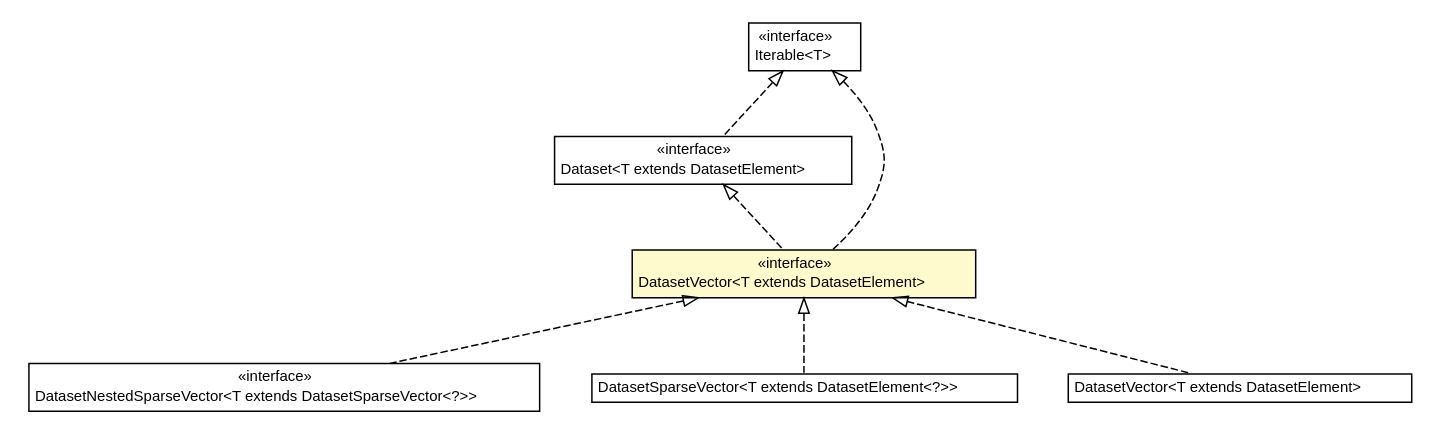
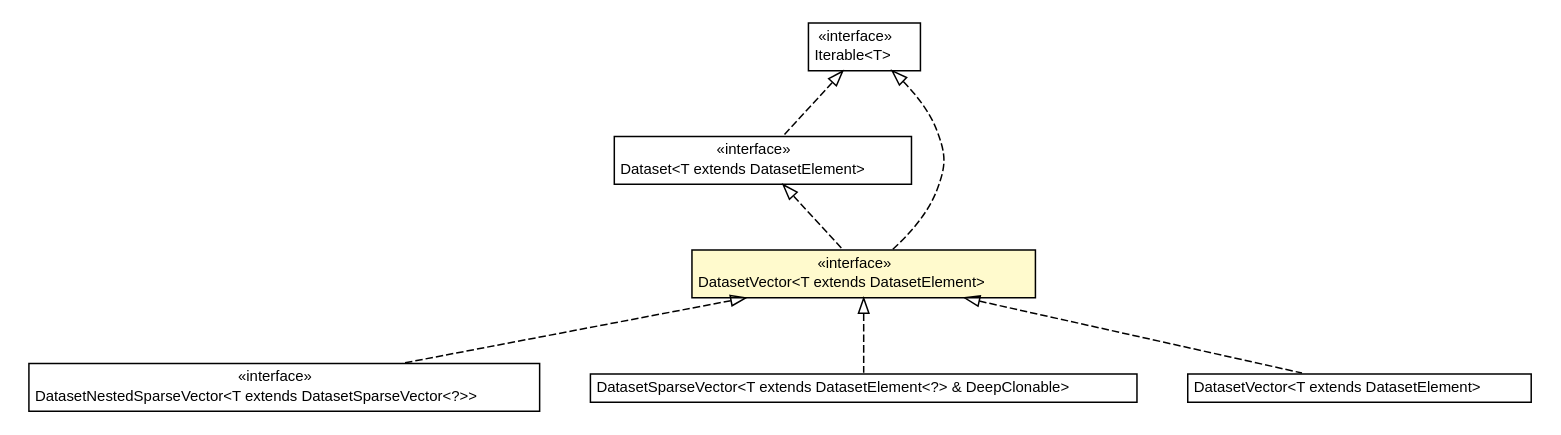
Before and after one commit to UnicaLabs-CS/Foresee: the diagram in docs/it/unica/foresee/datasets/interfaces/DatasetVector.dot, drawn with Graphviz. The commit also changed 200 other files, not shown here.

```diff
--- a/docs/it/unica/foresee/datasets/interfaces/DatasetVector.dot
+++ b/docs/it/unica/foresee/datasets/interfaces/DatasetVector.dot
@@ -1,64 +1,64 @@
 #!/usr/local/bin/dot
 #
 # Class diagram 
 # Generated by UMLGraph version 5.2 (http://www.umlgraph.org/)
 #
 
 digraph G {
 	edge [fontname="Helvetica",fontsize=10,labelfontname="Helvetica",labelfontsize=10];
 	node [fontname="Helvetica",fontsize=10,shape=plaintext];
 	nodesep=0.25;
 	ranksep=0.5;
 	// it.unica.foresee.datasets.interfaces.Dataset<T extends it.unica.foresee.datasets.interfaces.DatasetElement>
-	c876 [label=<<table title="it.unica.foresee.datasets.interfaces.Dataset" border="0" cellborder="1" cellspacing="0" cellpadding="2" port="p" href="./Dataset.html">
+	c1118 [label=<<table title="it.unica.foresee.datasets.interfaces.Dataset" border="0" cellborder="1" cellspacing="0" cellpadding="2" port="p" href="./Dataset.html">
 		<tr><td><table border="0" cellspacing="0" cellpadding="1">
 <tr><td align="center" balign="center"> &#171;interface&#187; </td></tr>
 <tr><td align="center" balign="center"> Dataset&lt;T extends DatasetElement&gt; </td></tr>
 		</table></td></tr>
 		</table>>, fontname="Helvetica", fontcolor="black", fontsize=10.0];
 	// it.unica.foresee.datasets.interfaces.DatasetNestedSparseVector<T extends it.unica.foresee.datasets.DatasetSparseVector<?>>
-	c877 [label=<<table title="it.unica.foresee.datasets.interfaces.DatasetNestedSparseVector" border="0" cellborder="1" cellspacing="0" cellpadding="2" port="p" href="./DatasetNestedSparseVector.html">
+	c1119 [label=<<table title="it.unica.foresee.datasets.interfaces.DatasetNestedSparseVector" border="0" cellborder="1" cellspacing="0" cellpadding="2" port="p" href="./DatasetNestedSparseVector.html">
 		<tr><td><table border="0" cellspacing="0" cellpadding="1">
 <tr><td align="center" balign="center"> &#171;interface&#187; </td></tr>
 <tr><td align="center" balign="center"> DatasetNestedSparseVector&lt;T extends DatasetSparseVector&lt;?&gt;&gt; </td></tr>
 		</table></td></tr>
 		</table>>, fontname="Helvetica", fontcolor="black", fontsize=10.0];
 	// it.unica.foresee.datasets.interfaces.DatasetVector<T extends it.unica.foresee.datasets.interfaces.DatasetElement>
-	c879 [label=<<table title="it.unica.foresee.datasets.interfaces.DatasetVector" border="0" cellborder="1" cellspacing="0" cellpadding="2" port="p" bgcolor="lemonChiffon" href="./DatasetVector.html">
+	c1121 [label=<<table title="it.unica.foresee.datasets.interfaces.DatasetVector" border="0" cellborder="1" cellspacing="0" cellpadding="2" port="p" bgcolor="lemonChiffon" href="./DatasetVector.html">
 		<tr><td><table border="0" cellspacing="0" cellpadding="1">
 <tr><td align="center" balign="center"> &#171;interface&#187; </td></tr>
 <tr><td align="center" balign="center"> DatasetVector&lt;T extends DatasetElement&gt; </td></tr>
 		</table></td></tr>
 		</table>>, fontname="Helvetica", fontcolor="black", fontsize=10.0];
-	// it.unica.foresee.datasets.DatasetSparseVector<T extends it.unica.foresee.datasets.interfaces.DatasetElement<?>>
-	c887 [label=<<table title="it.unica.foresee.datasets.DatasetSparseVector" border="0" cellborder="1" cellspacing="0" cellpadding="2" port="p" href="../DatasetSparseVector.html">
+	// it.unica.foresee.datasets.DatasetSparseVector<T extends it.unica.foresee.datasets.interfaces.DatasetElement<?> & it.unica.foresee.datasets.interfaces.DeepClonable>
+	c1130 [label=<<table title="it.unica.foresee.datasets.DatasetSparseVector" border="0" cellborder="1" cellspacing="0" cellpadding="2" port="p" href="../DatasetSparseVector.html">
 		<tr><td><table border="0" cellspacing="0" cellpadding="1">
-<tr><td align="center" balign="center"> DatasetSparseVector&lt;T extends DatasetElement&lt;?&gt;&gt; </td></tr>
+<tr><td align="center" balign="center"> DatasetSparseVector&lt;T extends DatasetElement&lt;?&gt; &amp; DeepClonable&gt; </td></tr>
 		</table></td></tr>
 		</table>>, fontname="Helvetica", fontcolor="black", fontsize=10.0];
 	// it.unica.foresee.datasets.DatasetVector<T extends it.unica.foresee.datasets.interfaces.DatasetElement>
-	c888 [label=<<table title="it.unica.foresee.datasets.DatasetVector" border="0" cellborder="1" cellspacing="0" cellpadding="2" port="p" href="../DatasetVector.html">
+	c1131 [label=<<table title="it.unica.foresee.datasets.DatasetVector" border="0" cellborder="1" cellspacing="0" cellpadding="2" port="p" href="../DatasetVector.html">
 		<tr><td><table border="0" cellspacing="0" cellpadding="1">
 <tr><td align="center" balign="center"> DatasetVector&lt;T extends DatasetElement&gt; </td></tr>
 		</table></td></tr>
 		</table>>, fontname="Helvetica", fontcolor="black", fontsize=10.0];
 	//it.unica.foresee.datasets.interfaces.Dataset<T extends it.unica.foresee.datasets.interfaces.DatasetElement> implements java.lang.Iterable<T>
-	c915:p -> c876:p [dir=back,arrowtail=empty,style=dashed];
+	c1162:p -> c1118:p [dir=back,arrowtail=empty,style=dashed];
 	//it.unica.foresee.datasets.interfaces.DatasetNestedSparseVector<T extends it.unica.foresee.datasets.DatasetSparseVector<?>> implements it.unica.foresee.datasets.interfaces.DatasetVector<T extends it.unica.foresee.datasets.interfaces.DatasetElement>
-	c879:p -> c877:p [dir=back,arrowtail=empty,style=dashed];
+	c1121:p -> c1119:p [dir=back,arrowtail=empty,style=dashed];
 	//it.unica.foresee.datasets.interfaces.DatasetVector<T extends it.unica.foresee.datasets.interfaces.DatasetElement> implements java.lang.Iterable<T>
-	c915:p -> c879:p [dir=back,arrowtail=empty,style=dashed];
+	c1162:p -> c1121:p [dir=back,arrowtail=empty,style=dashed];
 	//it.unica.foresee.datasets.interfaces.DatasetVector<T extends it.unica.foresee.datasets.interfaces.DatasetElement> implements it.unica.foresee.datasets.interfaces.Dataset<T extends it.unica.foresee.datasets.interfaces.DatasetElement>
-	c876:p -> c879:p [dir=back,arrowtail=empty,style=dashed];
-	//it.unica.foresee.datasets.DatasetSparseVector<T extends it.unica.foresee.datasets.interfaces.DatasetElement<?>> implements it.unica.foresee.datasets.interfaces.DatasetVector<T extends it.unica.foresee.datasets.interfaces.DatasetElement>
-	c879:p -> c887:p [dir=back,arrowtail=empty,style=dashed];
+	c1118:p -> c1121:p [dir=back,arrowtail=empty,style=dashed];
+	//it.unica.foresee.datasets.DatasetSparseVector<T extends it.unica.foresee.datasets.interfaces.DatasetElement<?> & it.unica.foresee.datasets.interfaces.DeepClonable> implements it.unica.foresee.datasets.interfaces.DatasetVector<T extends it.unica.foresee.datasets.interfaces.DatasetElement>
+	c1121:p -> c1130:p [dir=back,arrowtail=empty,style=dashed];
 	//it.unica.foresee.datasets.DatasetVector<T extends it.unica.foresee.datasets.interfaces.DatasetElement> implements it.unica.foresee.datasets.interfaces.DatasetVector<T extends it.unica.foresee.datasets.interfaces.DatasetElement>
-	c879:p -> c888:p [dir=back,arrowtail=empty,style=dashed];
+	c1121:p -> c1131:p [dir=back,arrowtail=empty,style=dashed];
 	// java.lang.Iterable<T>
-	c915 [label=<<table title="java.lang.Iterable" border="0" cellborder="1" cellspacing="0" cellpadding="2" port="p" href="http://java.sun.com/j2se/1.4.2/docs/api/java/lang/Iterable.html">
+	c1162 [label=<<table title="java.lang.Iterable" border="0" cellborder="1" cellspacing="0" cellpadding="2" port="p" href="http://java.sun.com/j2se/1.4.2/docs/api/java/lang/Iterable.html">
 		<tr><td><table border="0" cellspacing="0" cellpadding="1">
 <tr><td align="center" balign="center"> &#171;interface&#187; </td></tr>
 <tr><td align="center" balign="center"> Iterable&lt;T&gt; </td></tr>
 		</table></td></tr>
 		</table>>, fontname="Helvetica", fontcolor="black", fontsize=10.0];
 }
```
